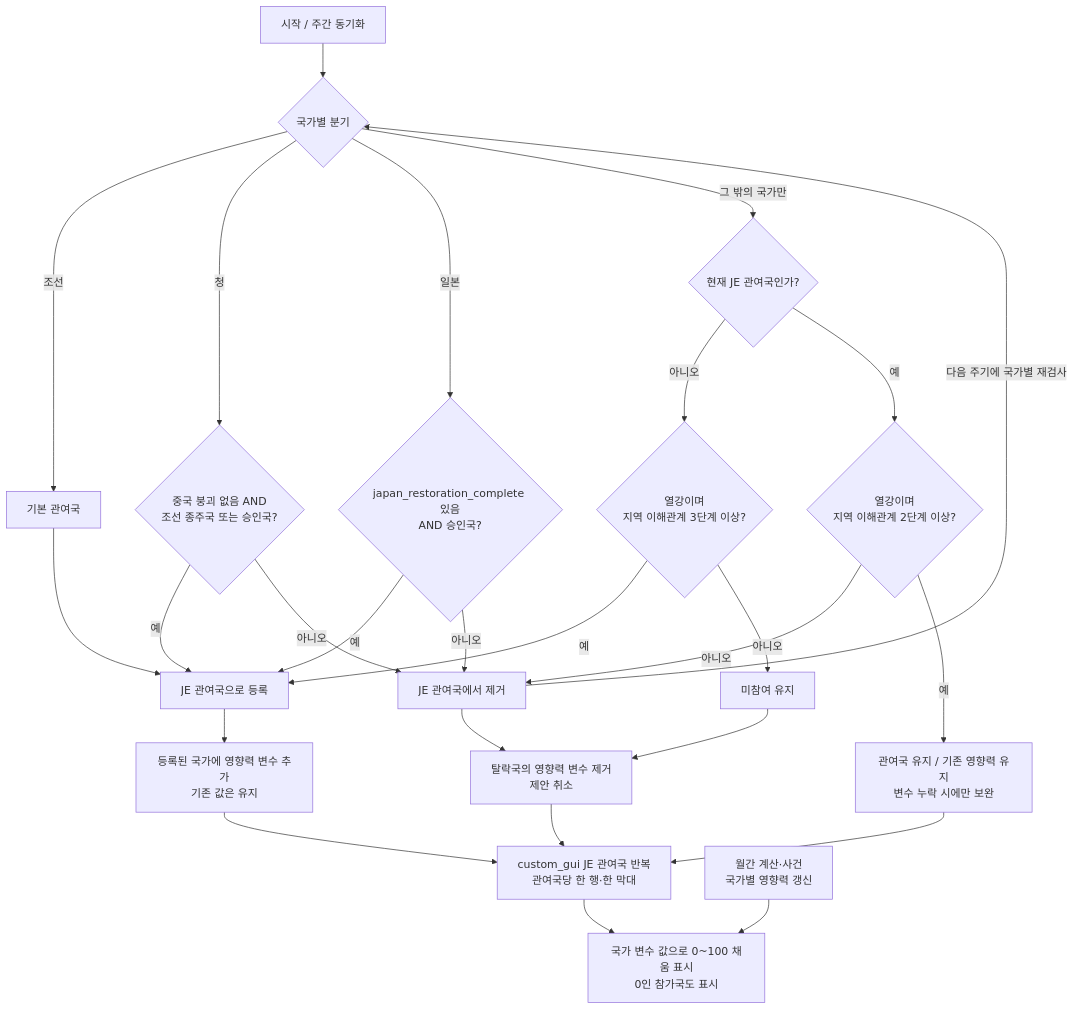
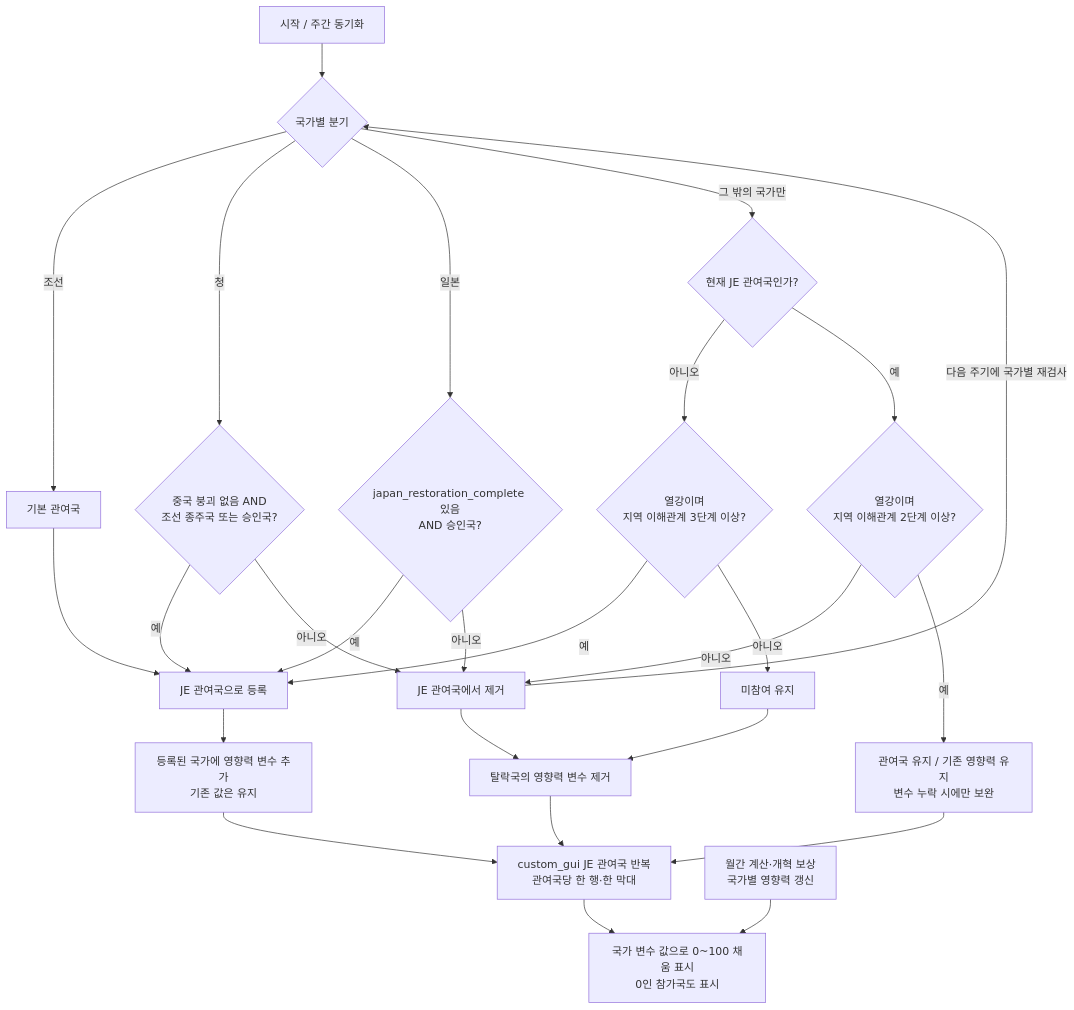
One commit to East-Asia-Flavor-Pack/East-Asia-Flavor-Pack changed the second of 3 diagrams in scratch/scramble_for_korea_journal_design_plan.md. Above: the diagram before and after it, drawn with Mermaid. The commit also changed other lines of this file and 10 other files, not shown here.

````diff
--- a/scratch/scramble_for_korea_journal_design_plan.md
+++ b/scratch/scramble_for_korea_journal_design_plan.md
@@ -380,28 +2160,28 @@
 ```mermaid
 flowchart TD
     T["시작 / 주간 동기화"] --> TAG{"국가별 분기"}
     TAG -->|조선| CORE["기본 관여국"]
     TAG -->|청| CHI{"중국 붕괴 없음 AND<br/>조선 종주국 또는 승인국?"}
     TAG -->|일본| JAP{"japan_restoration_complete 있음<br/>AND 승인국?"}
     CHI -->|예| JOIN
     JAP -->|예| JOIN
     CHI -->|아니오| EXIT
     JAP -->|아니오| EXIT
     TAG -->|그 밖의 국가만| ACTIVE{"현재 JE 관여국인가?"}
     ACTIVE -->|아니오| EL{"열강이며<br/>지역 이해관계 3단계 이상?"}
     ACTIVE -->|예| KEEP{"열강이며<br/>지역 이해관계 2단계 이상?"}
     CORE --> JOIN["JE 관여국으로 등록"]
     EL -->|예| JOIN
     EL -->|아니오| WAIT["미참여 유지"]
     KEEP -->|아니오| EXIT["JE 관여국에서 제거"]
     KEEP -->|예| RETAIN["관여국 유지 / 기존 영향력 유지<br/>변수 누락 시에만 보완"]
     JOIN --> INIT["등록된 국가에 영향력 변수 추가<br/>기존 값은 유지"]
-    EXIT --> CLEAR["탈락국의 영향력 변수 제거<br/>제안 취소"]
+    EXIT --> CLEAR["탈락국의 영향력 변수 제거"]
     WAIT --> CLEAR
     INIT --> GUI["custom_gui JE 관여국 반복<br/>관여국당 한 행·한 막대"]
     CLEAR --> GUI
     RETAIN --> GUI
     GUI --> VALUE["국가 변수 값으로 0~100 채움 표시<br/>0인 참가국도 표시"]
-    SCORE["월간 계산·사건<br/>국가별 영향력 갱신"] --> VALUE
+    SCORE["월간 계산·개혁 보상<br/>국가별 영향력 갱신"] --> VALUE
     EXIT -->|다음 주기에 국가별 재검사| TAG
 ```
````
